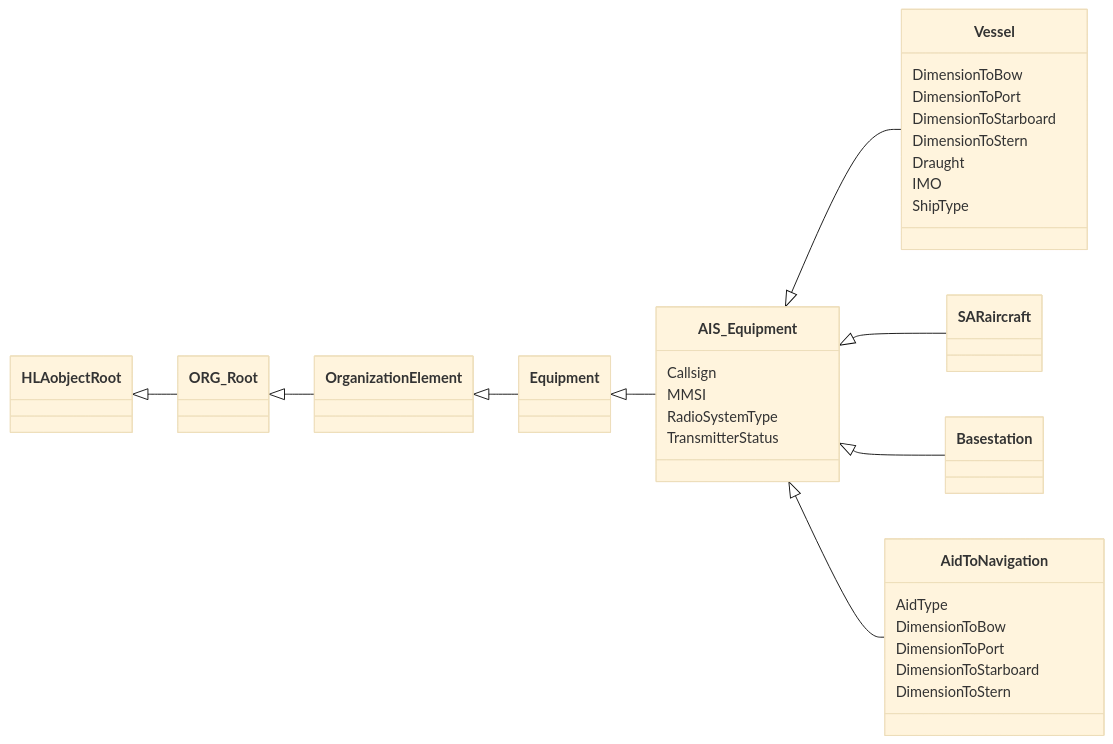
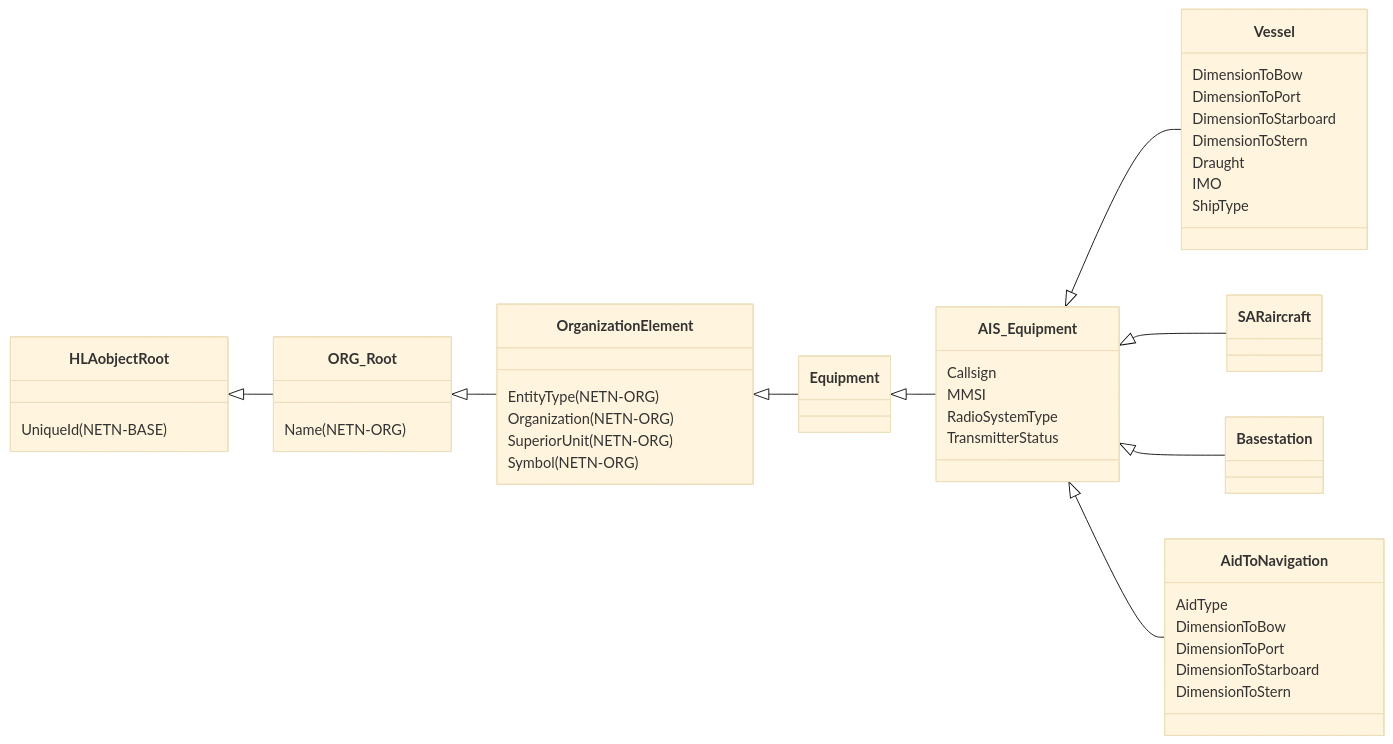
One commit to AMSP-04/NETN-AIS changed the first of 2 diagrams in NETN-AIS.md. Above: the diagram before and after it, drawn with Mermaid (base theme). The commit also changed other lines of this file and 1 other file, not shown here.

````diff
--- a/NETN-AIS.md
+++ b/NETN-AIS.md
@@ -143,29 +143,35 @@
 ```mermaid
 classDiagram 
 direction LR
 
 HLAobjectRoot <|-- ORG_Root
+HLAobjectRoot : UniqueId(NETN-BASE)
 ORG_Root <|-- OrganizationElement
+ORG_Root : Name(NETN-ORG)
 OrganizationElement <|-- Equipment
+OrganizationElement : EntityType(NETN-ORG)
+OrganizationElement : Organization(NETN-ORG)
+OrganizationElement : SuperiorUnit(NETN-ORG)
+OrganizationElement : Symbol(NETN-ORG)
 Equipment <|-- AIS_Equipment
 AIS_Equipment <|-- Vessel
 AIS_Equipment <|-- SARaircraft
 AIS_Equipment <|-- Basestation
 AIS_Equipment <|-- AidToNavigation
 AIS_Equipment : Callsign
 AIS_Equipment : MMSI
 AIS_Equipment : RadioSystemType
 AIS_Equipment : TransmitterStatus
 Vessel : DimensionToBow
 Vessel : DimensionToPort
 Vessel : DimensionToStarboard
 Vessel : DimensionToStern
 Vessel : Draught
 Vessel : IMO
 Vessel : ShipType
 AidToNavigation : AidType
 AidToNavigation : DimensionToBow
 AidToNavigation : DimensionToPort
 AidToNavigation : DimensionToStarboard
 AidToNavigation : DimensionToStern
 ```
````
